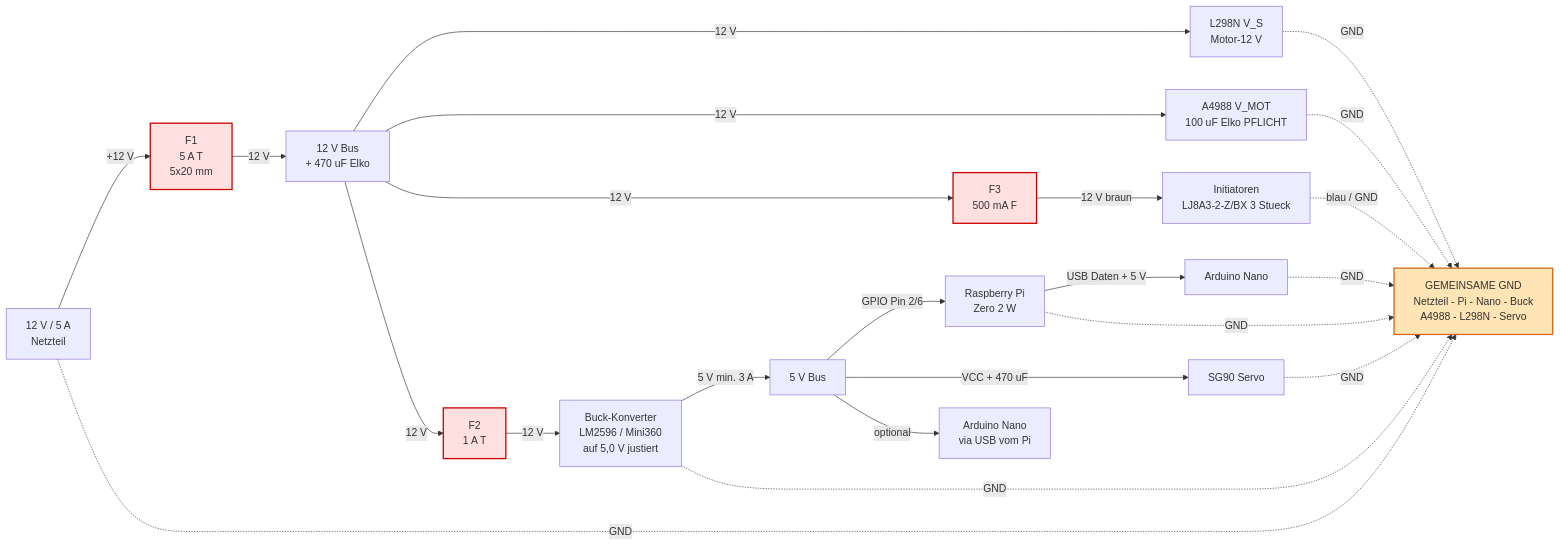
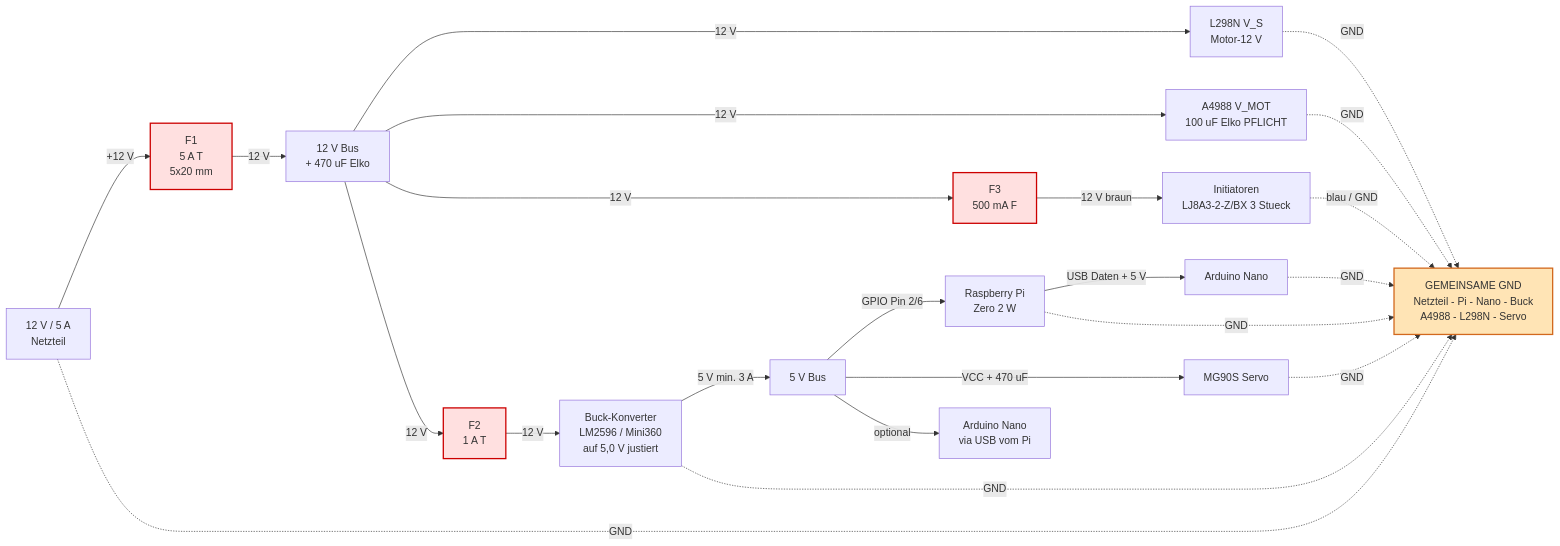
The first of 3 diagrams in docs/wiring.md (JohnsonRepo/stopf), drawn with Mermaid before and after one commit. The commit also changed other lines of this file and 21 other files, not shown here.

````diff
--- a/docs/wiring.md
+++ b/docs/wiring.md
@@ -13,33 +13,33 @@
 ```mermaid
 flowchart LR
     PSU["12 V / 5 A<br/>Netzteil"] -->|+12 V| F1["F1<br/>5 A T<br/>5x20 mm"]
     F1 -->|12 V| BUS12["12 V Bus<br/>+ 470 uF Elko"]
     BUS12 -->|12 V| L298N_VS["L298N V_S<br/>Motor-12 V"]
     BUS12 -->|12 V| A4988_VMOT["A4988 V_MOT<br/>100 uF Elko PFLICHT"]
     BUS12 -->|12 V| F3["F3<br/>500 mA F"]
     F3 -->|12 V braun| INIT["Initiatoren<br/>LJ8A3-2-Z/BX 3 Stueck"]
     BUS12 -->|12 V| F2["F2<br/>1 A T"]
     F2 -->|12 V| BUCK["Buck-Konverter<br/>LM2596 / Mini360<br/>auf 5,0 V justiert"]
 
     BUCK -->|5 V min. 3 A| BUS5["5 V Bus"]
     BUS5 -->|GPIO Pin 2/6| PI["Raspberry Pi<br/>Zero 2 W"]
-    BUS5 -->|VCC + 470 uF| SERVO["SG90 Servo"]
+    BUS5 -->|VCC + 470 uF| SERVO["MG90S Servo"]
     BUS5 -->|optional| NANO_5V["Arduino Nano<br/>via USB vom Pi"]
 
     PI -->|USB Daten + 5 V| NANO["Arduino Nano"]
 
     GND_BUS["GEMEINSAME GND<br/>Netzteil - Pi - Nano - Buck<br/>A4988 - L298N - Servo"]
     PSU -.->|GND| GND_BUS
     BUCK -.->|GND| GND_BUS
     NANO -.->|GND| GND_BUS
     PI -.->|GND| GND_BUS
     L298N_VS -.->|GND| GND_BUS
     A4988_VMOT -.->|GND| GND_BUS
     SERVO -.->|GND| GND_BUS
     INIT -.->|blau / GND| GND_BUS
 
     classDef warn fill:#ffe4b5,stroke:#d2691e,stroke-width:2px;
     classDef fuse fill:#ffe0e0,stroke:#cc0000,stroke-width:2px;
     class GND_BUS warn;
     class F1,F2,F3 fuse;
 ```
````
